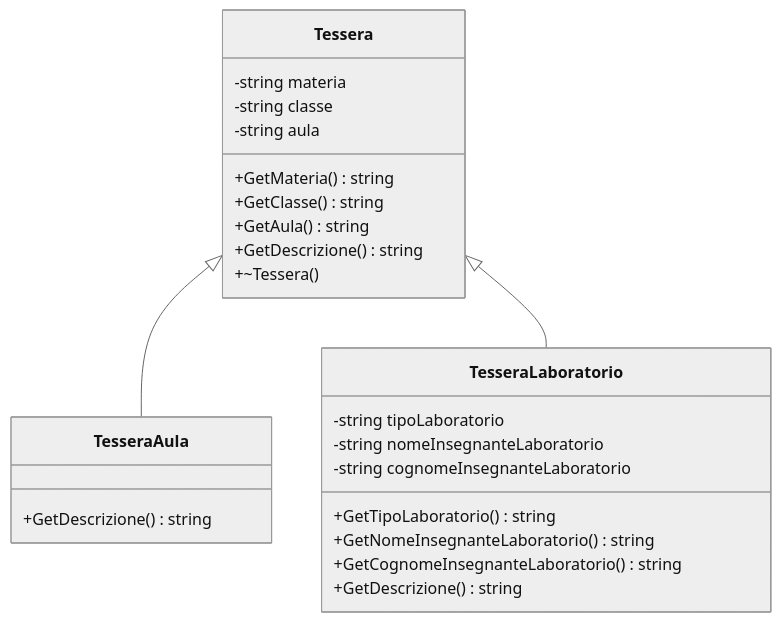
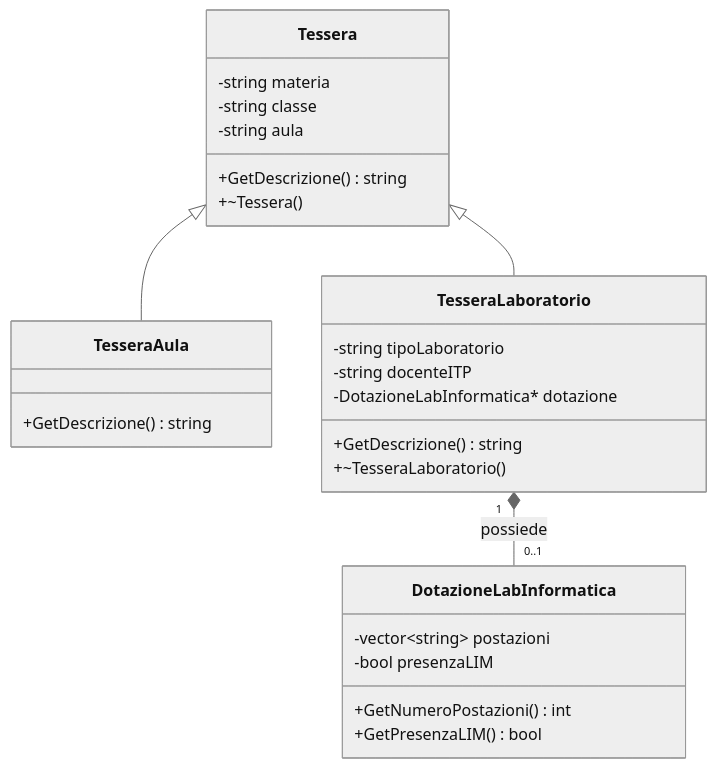
One commit to ChopperInf/OrarioClasseCPP_P1 changed the diagram in Documentazione/P2/P2_Dispensa_Teorica_Tessere_Polimorfiche.md. Above: the diagram before and after it, drawn with Mermaid (neutral theme). The commit also changed other lines of this file and 5 other files, not shown here.

````diff
--- a/Documentazione/P2/P2_Dispensa_Teorica_Tessere_Polimorfiche.md
+++ b/Documentazione/P2/P2_Dispensa_Teorica_Tessere_Polimorfiche.md
@@ -32,27 +18,29 @@
 ```mermaid
 classDiagram
     class Tessera {
         -string materia
         -string classe
         -string aula
-        +GetMateria() string
-        +GetClasse() string
-        +GetAula() string
         +GetDescrizione() string
         +~Tessera()
     }
     class TesseraAula {
         +GetDescrizione() string
     }
     class TesseraLaboratorio {
         -string tipoLaboratorio
-        -string nomeInsegnanteLaboratorio
-        -string cognomeInsegnanteLaboratorio
-        +GetTipoLaboratorio() string
-        +GetNomeInsegnanteLaboratorio() string
-        +GetCognomeInsegnanteLaboratorio() string
+        -string docenteITP
+        -DotazioneLabInformatica* dotazione
         +GetDescrizione() string
+        +~TesseraLaboratorio()
+    }
+    class DotazioneLabInformatica {
+        -vector~string~ postazioni
+        -bool presenzaLIM
+        +GetNumeroPostazioni() int
+        +GetPresenzaLIM() bool
     }
     Tessera <|-- TesseraAula
     Tessera <|-- TesseraLaboratorio
+    TesseraLaboratorio "1" *-- "0..1" DotazioneLabInformatica : possiede
 ```
````
